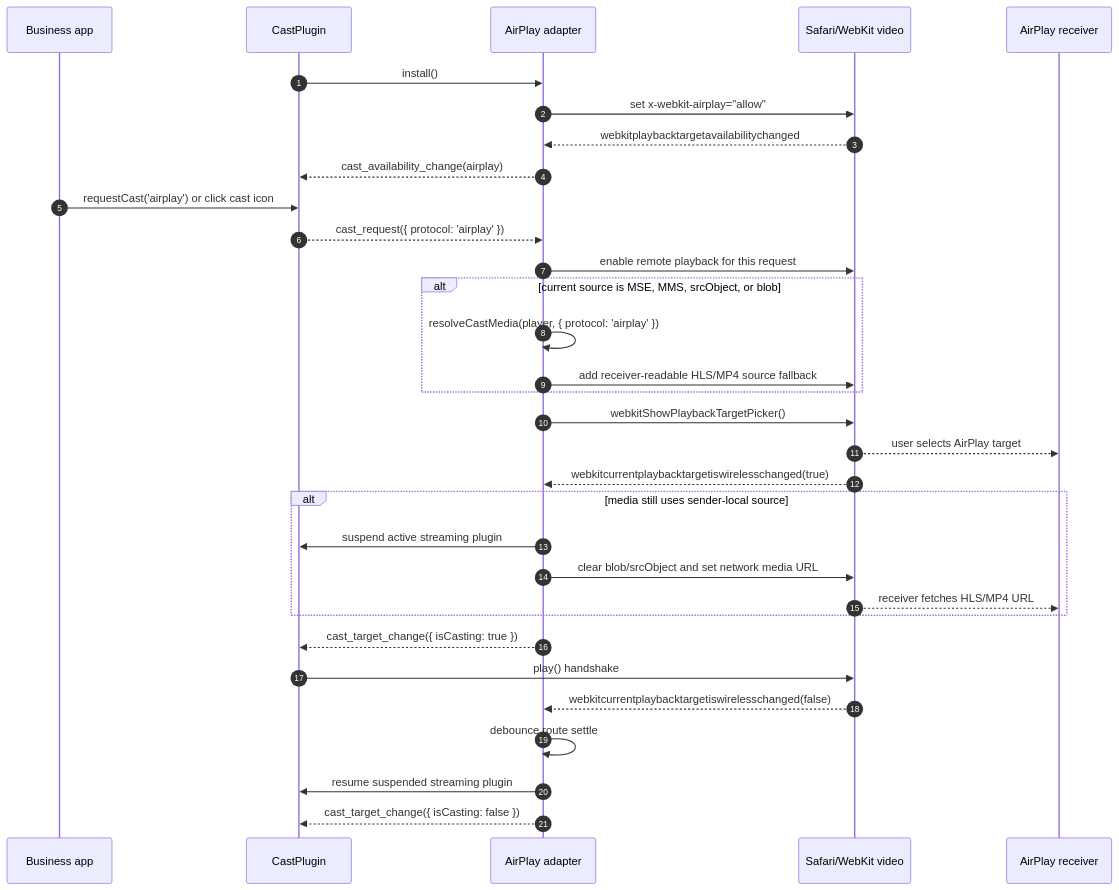
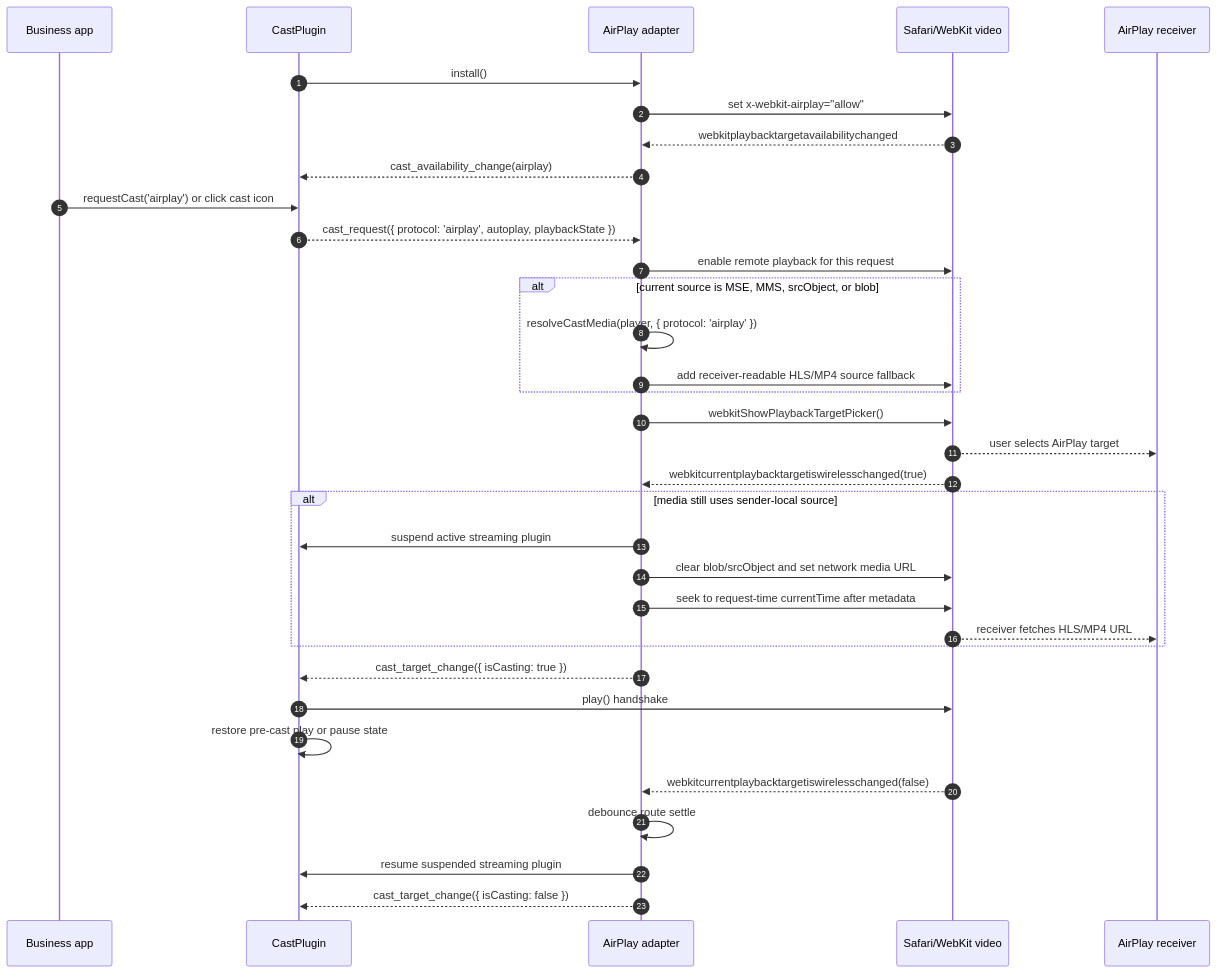
Before and after one commit to bytedance/xgplayer: the second of 2 diagrams in packages/xgplayer-cast/README.md, drawn with Mermaid. The commit also changed other lines of this file and 11 other files, not shown here.

Commit message:
feat(cast): preserve playback handoff state

````diff
--- a/packages/xgplayer-cast/README.md
+++ b/packages/xgplayer-cast/README.md
@@ -193,41 +218,43 @@
 ```mermaid
 sequenceDiagram
   autonumber
   participant App as Business app
   participant Plugin as CastPlugin
   participant AirPlay as AirPlay adapter
   participant WebKit as Safari/WebKit video
   participant Receiver as AirPlay receiver
 
   Plugin->>AirPlay: install()
   AirPlay->>WebKit: set x-webkit-airplay="allow"
   WebKit-->>AirPlay: webkitplaybacktargetavailabilitychanged
   AirPlay-->>Plugin: cast_availability_change(airplay)
 
   App->>Plugin: requestCast('airplay') or click cast icon
-  Plugin-->>AirPlay: cast_request({ protocol: 'airplay' })
+  Plugin-->>AirPlay: cast_request({ protocol: 'airplay', autoplay, playbackState })
   AirPlay->>WebKit: enable remote playback for this request
 
   alt current source is MSE, MMS, srcObject, or blob
     AirPlay->>AirPlay: resolveCastMedia(player, { protocol: 'airplay' })
     AirPlay->>WebKit: add receiver-readable HLS/MP4 source fallback
   end
 
   AirPlay->>WebKit: webkitShowPlaybackTargetPicker()
   WebKit-->>Receiver: user selects AirPlay target
   WebKit-->>AirPlay: webkitcurrentplaybacktargetiswirelesschanged(true)
 
   alt media still uses sender-local source
     AirPlay->>Plugin: suspend active streaming plugin
     AirPlay->>WebKit: clear blob/srcObject and set network media URL
+    AirPlay->>WebKit: seek to request-time currentTime after metadata
     WebKit-->>Receiver: receiver fetches HLS/MP4 URL
   end
 
   AirPlay-->>Plugin: cast_target_change({ isCasting: true })
   Plugin->>WebKit: play() handshake
+  Plugin->>Plugin: restore pre-cast play or pause state
 
   WebKit-->>AirPlay: webkitcurrentplaybacktargetiswirelesschanged(false)
   AirPlay->>AirPlay: debounce route settle
   AirPlay->>Plugin: resume suspended streaming plugin
   AirPlay-->>Plugin: cast_target_change({ isCasting: false })
 ```
````
